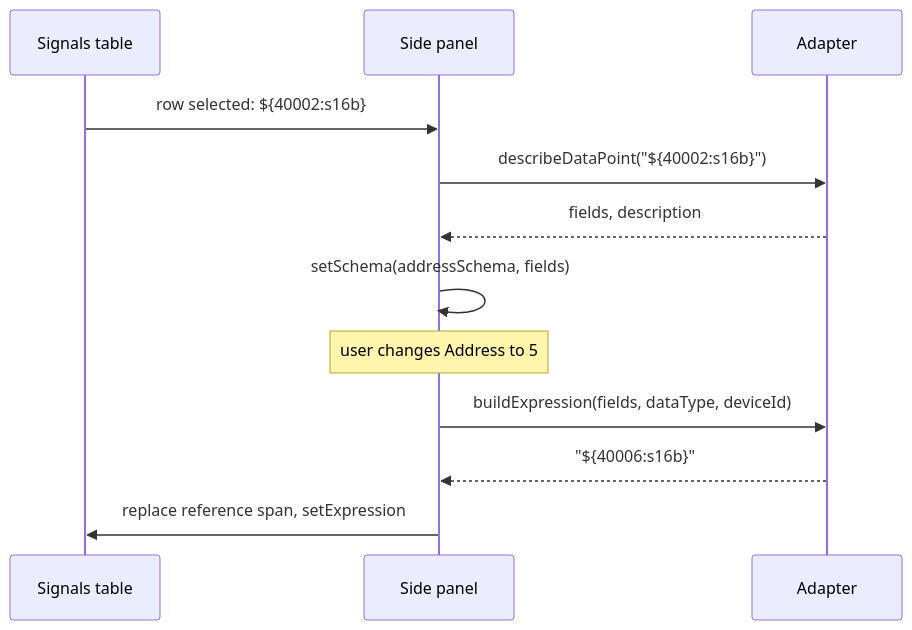
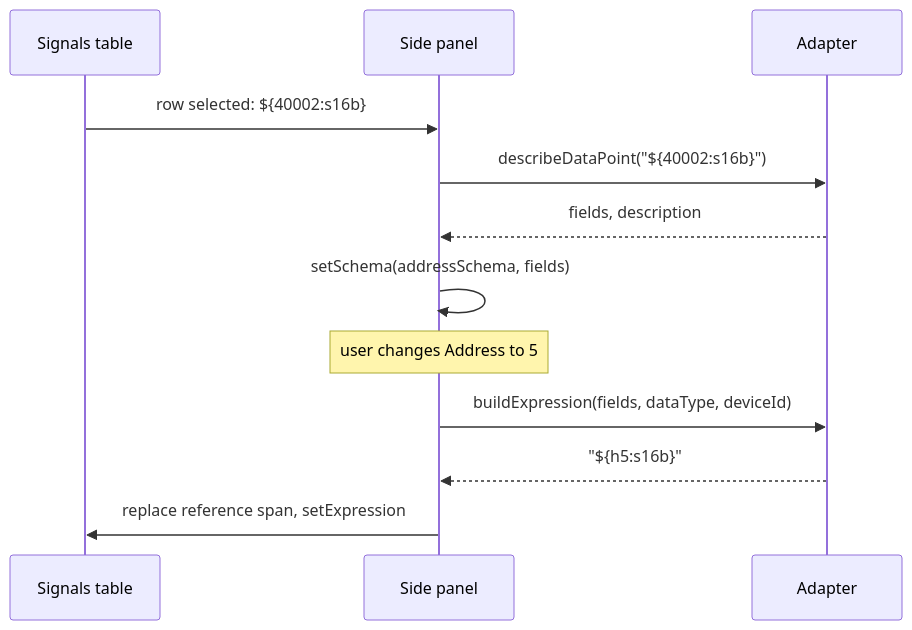
One commit to ModbusScope/ModbusScope changed the diagram in Plan/signals-dialog-ux/report.md. Above: the diagram before and after it, drawn with Mermaid. The commit also changed other lines of this file and 2 other files, not shown here.

````diff
--- a/Plan/signals-dialog-ux/report.md
+++ b/Plan/signals-dialog-ux/report.md
@@ -212,14 +212,14 @@
 ```mermaid
 sequenceDiagram
     participant T as Signals table
     participant P as Side panel
     participant A as Adapter
     T->>P: row selected: ${40002:s16b}
     P->>A: describeDataPoint("${40002:s16b}")
     A-->>P: fields, description
     P->>P: setSchema(addressSchema, fields)
     Note over P: user changes Address to 5
     P->>A: buildExpression(fields, dataType, deviceId)
-    A-->>P: "${40006:s16b}"
+    A-->>P: "${h5:s16b}"
     P->>T: replace reference span, setExpression
 ```
````
